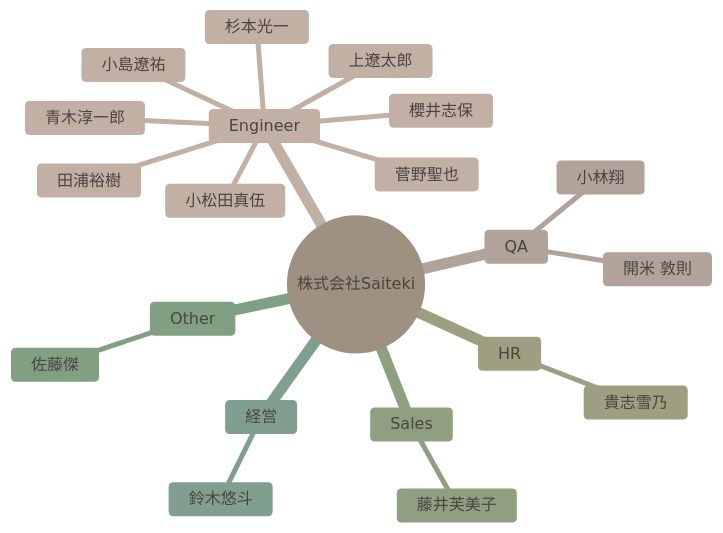
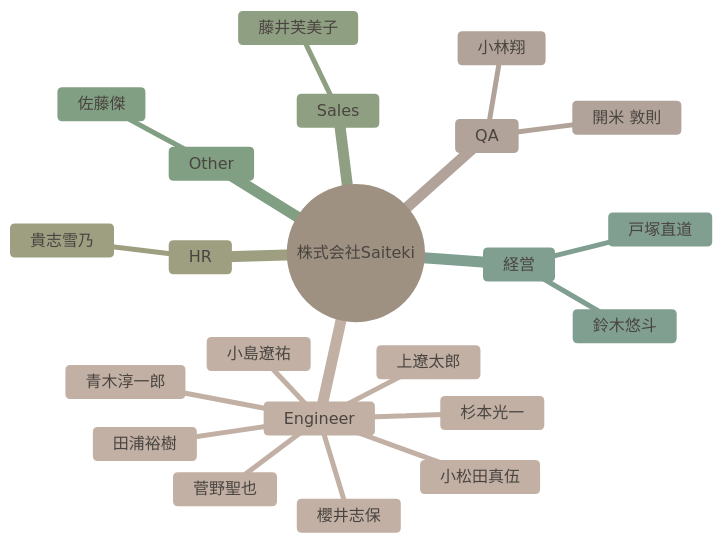
The diagram in docs/TEAM.md (Saitekiinc-com/saiteki-employee-management), drawn with Mermaid before and after one commit. The commit also changed other lines of this file and 2 other files, not shown here.

Commit message:
Update employee data from Issue #18

````diff
--- a/docs/TEAM.md
+++ b/docs/TEAM.md
@@ -5,36 +5,37 @@
 ```mermaid
 %%{init: {
     'theme': 'base',
     'themeVariables': {
       'primaryColor': '#D6D0C9',
       'primaryTextColor': '#4A4540',
       'primaryBorderColor': '#BBAA99',
       'lineColor': '#A3998E',
       'secondaryColor': '#F5F2F0',
       'tertiaryColor': '#E8E4E1',
       'nodeBorder': '1px'
     }
   }}%%
 mindmap
   root((株式会社Saiteki))
     Engineer
       杉本光一
       青木淳一郎
       櫻井志保
       田浦裕樹
       上遼太郎
       小松田真伍
       小島遼祐
       菅野聖也
     QA
       小林翔
       開米 敦則
     HR
       貴志雪乃
     Sales
       藤井芙美子
     Other
       佐藤傑
     経営
       鈴木悠斗
+      戸塚直道
 ```
````
